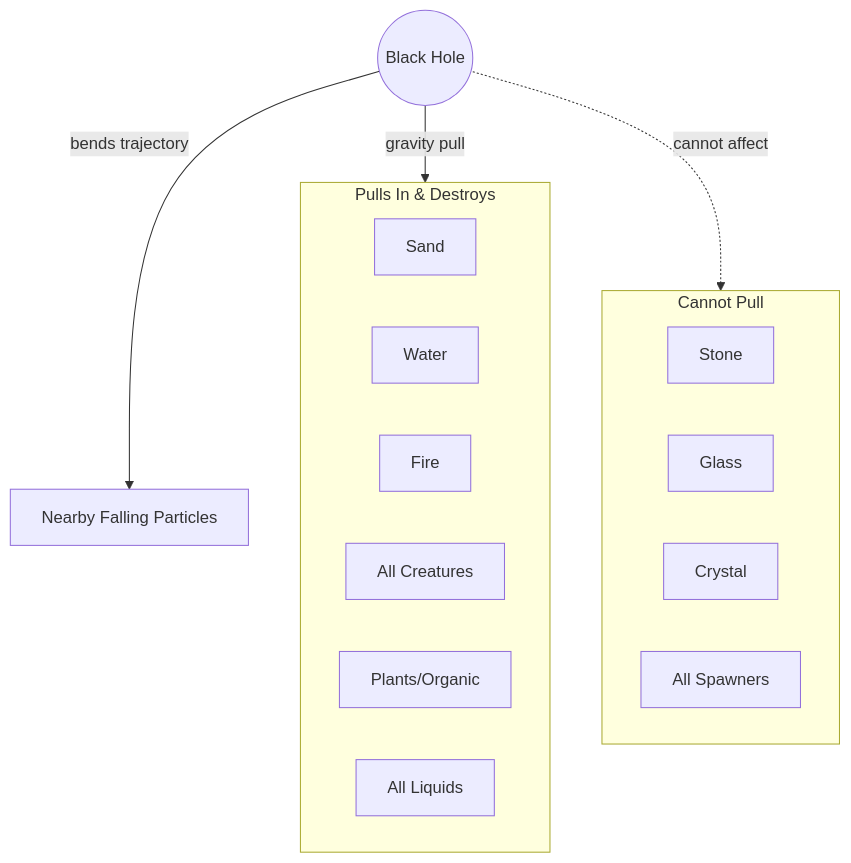
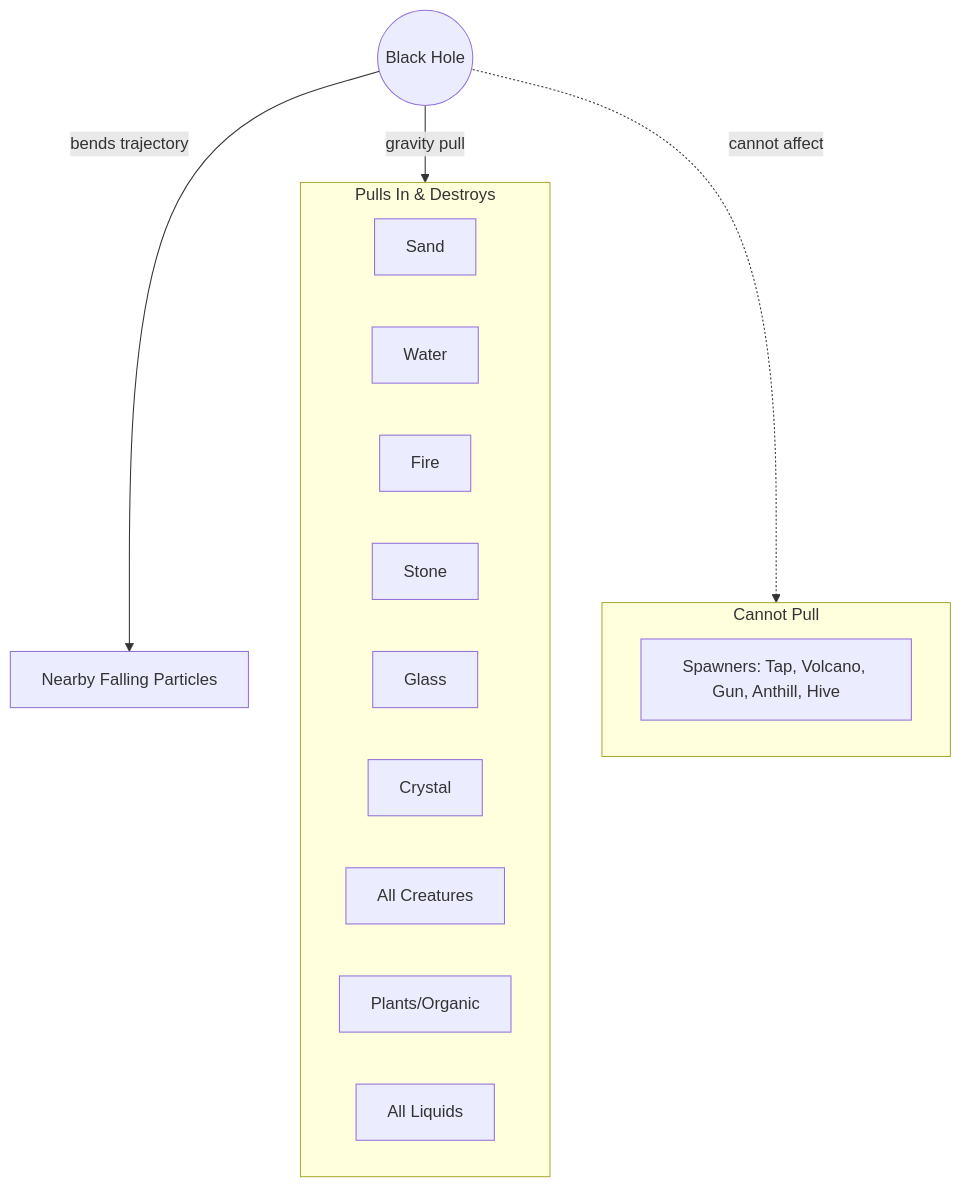
One commit to VoX/ai-sand-fork changed diagram 13 of 15 in README.md. Above: the diagram before and after it, drawn with Mermaid. The commit also changed other lines of this file and 1 other file, not shown here.

Commit message:
Make black hole pull in stone, glass, and crystal
- Removed stone, glass, crystal from black hole's immunity list
- Only spawners (tap, volcano, gun, anthill, hive) are now immune
- Updated README diagram and description

````diff
--- a/README.md
+++ b/README.md
@@ -458,24 +458,24 @@
 ```mermaid
 flowchart TD
     BlackHole((Black Hole))
 
     subgraph Pulls[Pulls In & Destroys]
         Sand[Sand]
         Water[Water]
         Fire[Fire]
+        Stone[Stone]
+        Glass[Glass]
+        Crystal[Crystal]
         Creatures[All Creatures]
         Plants[Plants/Organic]
         Liquids[All Liquids]
     end
 
     subgraph Immune[Cannot Pull]
-        Stone[Stone]
-        Glass[Glass]
-        Crystal[Crystal]
-        Spawners[All Spawners]
+        Spawners[Spawners: Tap, Volcano, Gun, Anthill, Hive]
     end
 
     BlackHole -->|gravity pull| Pulls
     BlackHole -->|bends trajectory| FallingParticles[Nearby Falling Particles]
     BlackHole -.->|cannot affect| Immune
 ```
````
